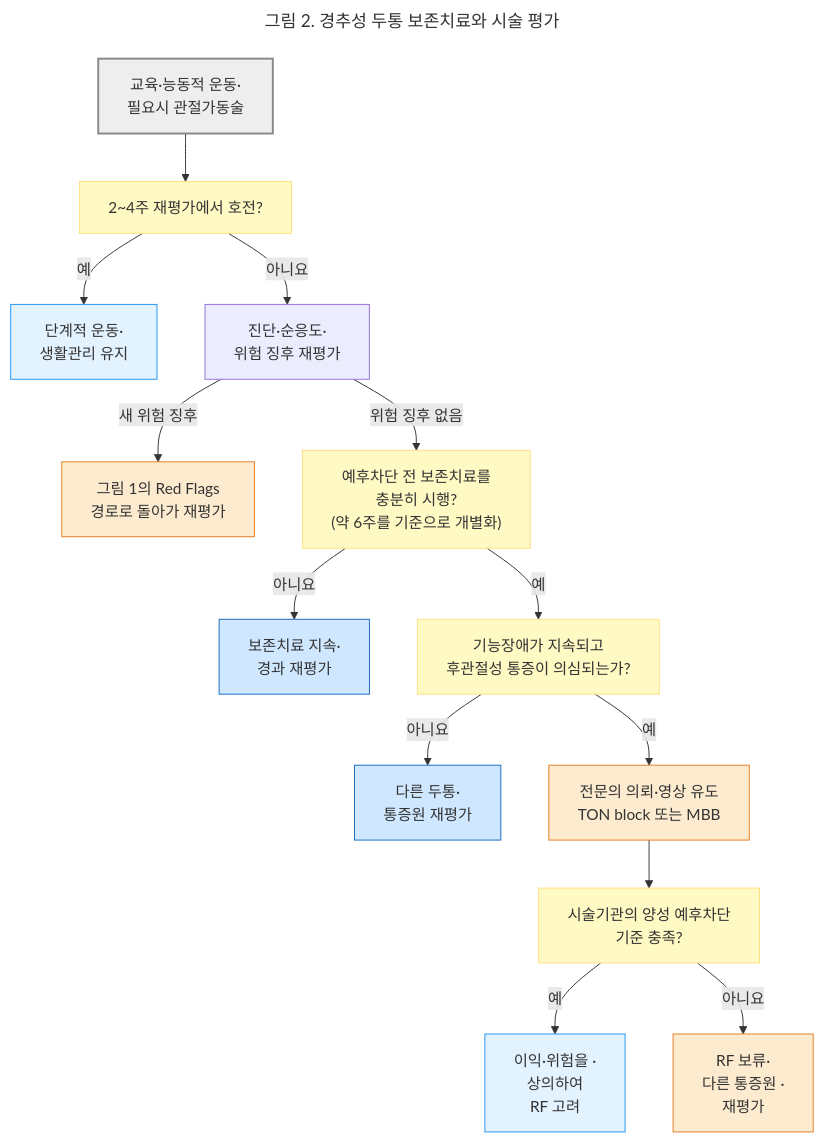
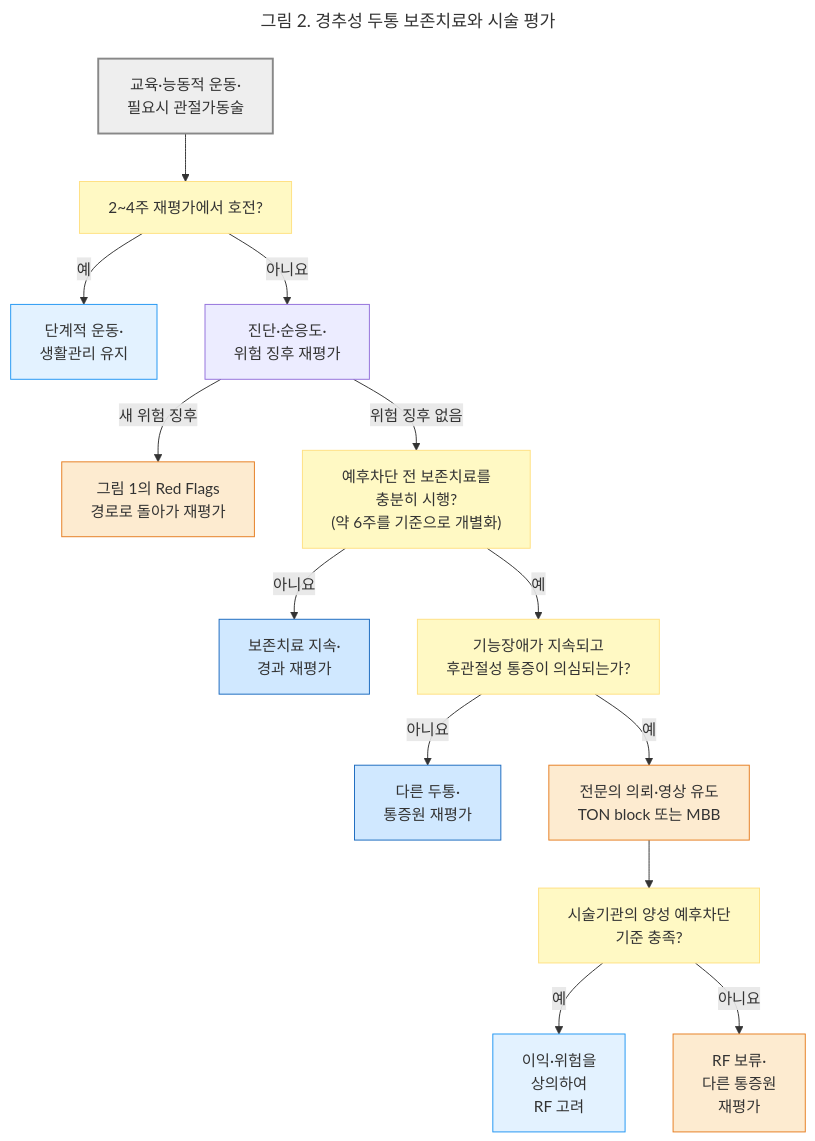
The second of 2 diagrams in 221_/019_-cervicogenic-headache.md (familyoh77/familyoh77), drawn with Mermaid before and after one commit. The commit also changed other lines of this file, not shown here.

````diff
--- a/221_/019_-cervicogenic-headache.md
+++ b/221_/019_-cervicogenic-headache.md
@@ -177,28 +177,28 @@
 ```mermaid
 ---
 title: 그림 2. 경추성 두통 보존치료와 시술 평가
 ---
 flowchart TD
     I["교육·능동적 운동·<br/>필요시 관절가동술"] --> J["2~4주 재평가에서 호전?"]
     J -- "예" --> K["단계적 운동·<br/>생활관리 유지"]
     J -- "아니요" --> L["진단·순응도·<br/>위험 징후 재평가"]
     L -- "새 위험 징후" --> B2["그림 1의 Red Flags <br/>경로로 돌아가 재평가"]
     L -- "위험 징후 없음" --> M0["예후차단 전 보존치료를 <br/>충분히 시행? <br/>(약 6주를 기준으로 개별화)"]
     M0 -- "아니요" --> K2["보존치료 지속·<br/>경과 재평가"]
     M0 -- "예" --> M["기능장애가 지속되고 <br/>후관절성 통증이 의심되는가?"]
     M -- "아니요" --> H2["다른 두통·<br/>통증원 재평가"]
     M -- "예" --> N["전문의 의뢰·영상 유도 <br/>TON block 또는 MBB"]
     N --> O["시술기관의 양성 예후차단 <br/>기준 충족?"]
-    O -- "예" --> P["이익·위험을 ·<br/>상의하여 <br/>RF 고려"]
-    O -- "아니요" --> Q["RF 보류·<br/>다른 통증원 ·<br/>재평가"]
+    O -- "예" --> P["이익·위험을 <br/>상의하여 <br/>RF 고려"]
+    O -- "아니요" --> Q["RF 보류·<br/>다른 통증원 <br/>재평가"]
     classDef start fill:#eeeeee,stroke:#888888,stroke-width:2px;
     classDef decision fill:#fff9c4,stroke:#ffe082;
 classDef care fill:#e3f2ff,stroke:#2196f3;
 classDef followup fill:#d0e8ff,stroke:#1a6abf;
     class I start;
     class J,M0,M,O decision;
     class K2,H2 followup;
     class P,K care;
 classDef caution fill:#fdebd0,stroke:#e67e22;
 class B2,N,Q caution;
 ```
````
